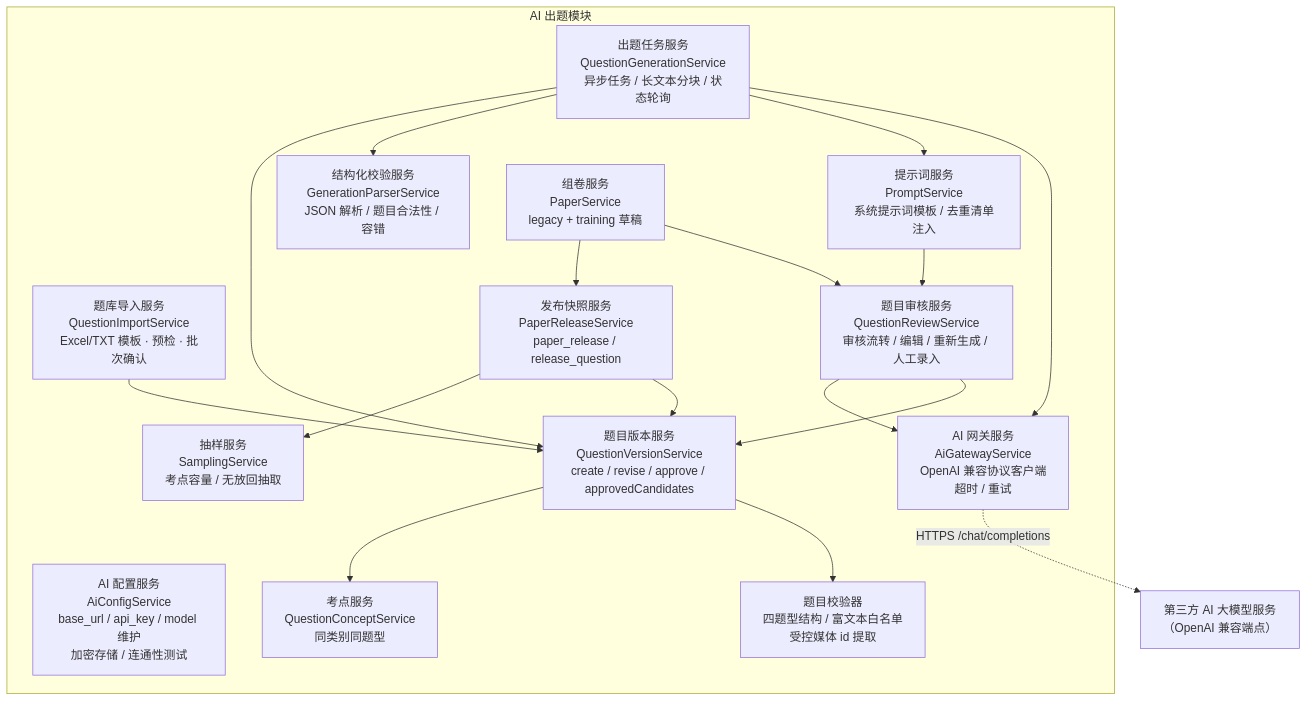
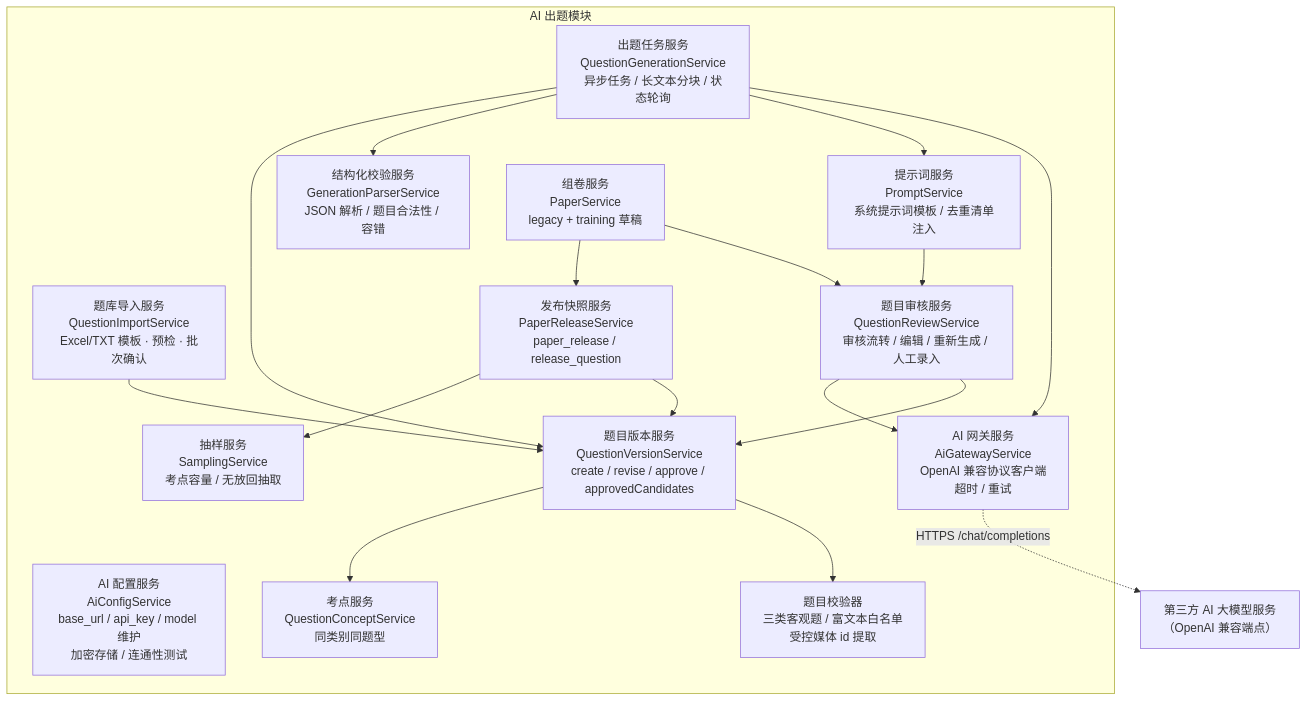
One commit to caoguanjie/emodor-exam changed the eighth of 17 diagrams in docs/design/05-模块设计.md. Above: the diagram before and after it, drawn with Mermaid. The commit also changed other lines of this file and 181 other files, not shown here.

````diff
--- a/docs/design/05-模块设计.md
+++ b/docs/design/05-模块设计.md
@@ -534,33 +415,33 @@
 ```mermaid
 graph TB
     subgraph MOD3["AI 出题模块"]
         CFG["AI 配置服务<br/>AiConfigService<br/>base_url / api_key / model 维护<br/>加密存储 / 连通性测试"]
         GW["AI 网关服务<br/>AiGatewayService<br/>OpenAI 兼容协议客户端<br/>超时 / 重试"]
         TASK["出题任务服务<br/>QuestionGenerationService<br/>异步任务 / 长文本分块 / 状态轮询"]
         PROMPT["提示词服务<br/>PromptService<br/>系统提示词模板 / 去重清单注入"]
         PARSER["结构化校验服务<br/>GenerationParserService<br/>JSON 解析 / 题目合法性 / 容错"]
-        VALIDATOR["题目校验器<br/>四题型结构 / 富文本白名单<br/>受控媒体 id 提取"]
+        VALIDATOR["题目校验器<br/>三类客观题 / 富文本白名单<br/>受控媒体 id 提取"]
         VERSION["题目版本服务<br/>QuestionVersionService<br/>create / revise / approve / approvedCandidates"]
         CONCEPT["考点服务<br/>QuestionConceptService<br/>同类别同题型"]
         IMPORT["题库导入服务<br/>QuestionImportService<br/>Excel/TXT 模板 · 预检 · 批次确认"]
         REVIEW["题目审核服务<br/>QuestionReviewService<br/>审核流转 / 编辑 / 重新生成 / 人工录入"]
         PAPER["组卷服务<br/>PaperService<br/>legacy + training 草稿"]
         RELEASE["发布快照服务<br/>PaperReleaseService<br/>paper_release / release_question"]
         SAMPLE["抽样服务<br/>SamplingService<br/>考点容量 / 无放回抽取"]
     end
     TASK --> GW
     TASK --> PROMPT
     TASK --> PARSER
     TASK --> VERSION
     VERSION --> VALIDATOR
     VERSION --> CONCEPT
     IMPORT --> VERSION
     PROMPT --> REVIEW
     REVIEW --> VERSION
     REVIEW --> GW
     PAPER --> REVIEW
     PAPER --> RELEASE
     RELEASE --> VERSION
     RELEASE --> SAMPLE
     GW -.->|"HTTPS /chat/completions"| EXT["第三方 AI 大模型服务<br/>（OpenAI 兼容端点）"]
 ```
````
